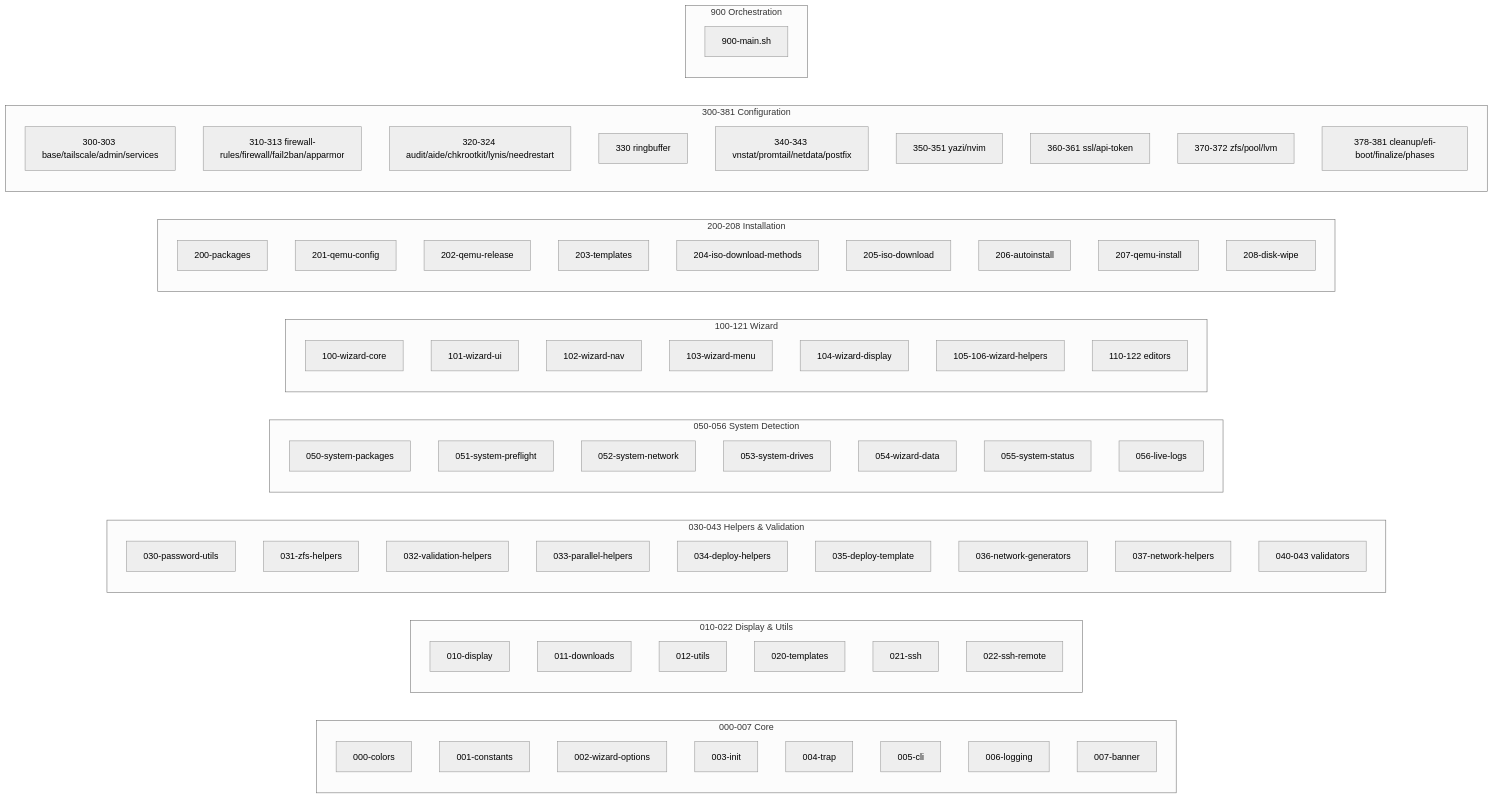
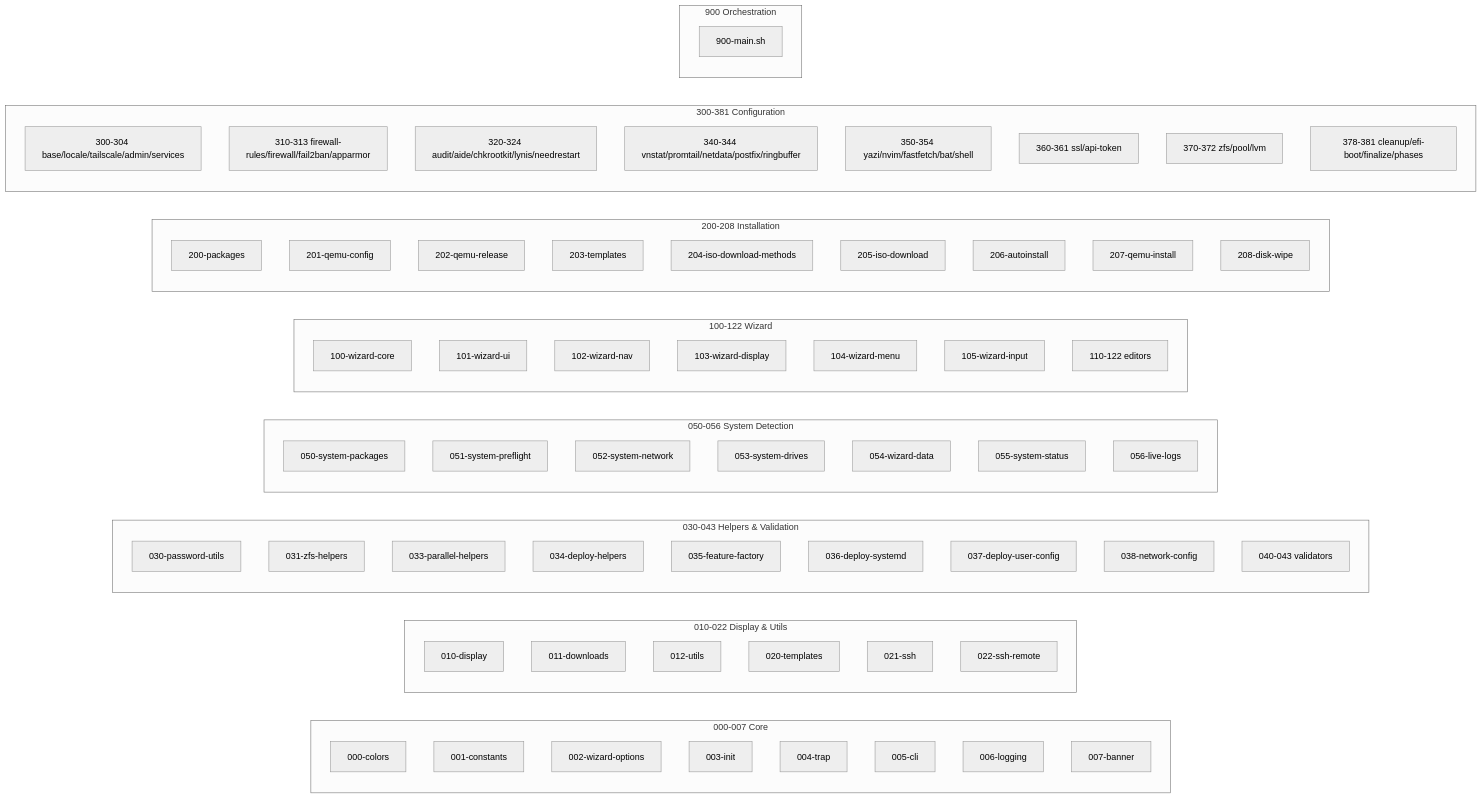
Before and after one commit to qoxi-cloud/proxmox-installer: the third of 3 diagrams in wiki/Architecture.md, drawn with Mermaid (neutral theme). The commit also changed other lines of this file and 30 other files, not shown here.

First line of the commit message:
♻️ refactor: split wizard-menu and move deploy_template

````diff
--- a/wiki/Architecture.md
+++ b/wiki/Architecture.md
@@ -240,82 +242,81 @@
 ```mermaid
 graph LR
     subgraph "000-007 Core"
         A[000-colors]
         B[001-constants]
         C[002-wizard-options]
         D[003-init]
         D2[004-trap]
         E[005-cli]
         F[006-logging]
         G[007-banner]
     end
 
     subgraph "010-022 Display & Utils"
         H[010-display]
         I[011-downloads]
         J[012-utils]
         K[020-templates]
         L[021-ssh]
         L2[022-ssh-remote]
     end
 
     subgraph "030-043 Helpers & Validation"
         M[030-password-utils]
         N[031-zfs-helpers]
-        O[032-validation-helpers]
         P[033-parallel-helpers]
         Q[034-deploy-helpers]
-        Q2[035-deploy-template]
-        R[036-network-generators]
-        R2[037-network-helpers]
+        Q2[035-feature-factory]
+        Q3[036-deploy-systemd]
+        Q4[037-deploy-user-config]
+        R[038-network-config]
         S[040-043 validators]
     end
 
     subgraph "050-056 System Detection"
         T[050-system-packages]
         U[051-system-preflight]
         V[052-system-network]
         W[053-system-drives]
         X[054-wizard-data]
         Y[055-system-status]
         Z[056-live-logs]
     end
 
-    subgraph "100-121 Wizard"
+    subgraph "100-122 Wizard"
         AA[100-wizard-core]
         AB[101-wizard-ui]
         AC[102-wizard-nav]
-        AD[103-wizard-menu]
-        AD2[104-wizard-display]
-        AD3[105-106-wizard-helpers]
+        AC2[103-wizard-display]
+        AC3[104-wizard-menu]
+        AD[105-wizard-input]
         AE[110-122 editors]
     end
 
     subgraph "200-208 Installation"
         AF[200-packages]
         AG[201-qemu-config]
         AG2[202-qemu-release]
         AH[203-templates]
         AI[204-iso-download-methods]
         AI2[205-iso-download]
         AJ[206-autoinstall]
         AJ2[207-qemu-install]
         AJ3[208-disk-wipe]
     end
 
     subgraph "300-381 Configuration"
-        AK[300-303 base/tailscale/admin/services]
+        AK[300-304 base/locale/tailscale/admin/services]
         AL[310-313 firewall-rules/firewall/fail2ban/apparmor]
         AM[320-324 audit/aide/chkrootkit/lynis/needrestart]
-        AN[330 ringbuffer]
-        AO[340-343 vnstat/promtail/netdata/postfix]
-        AP[350-351 yazi/nvim]
+        AO[340-344 vnstat/promtail/netdata/postfix/ringbuffer]
+        AP[350-354 yazi/nvim/fastfetch/bat/shell]
         AQ[360-361 ssl/api-token]
         AR[370-372 zfs/pool/lvm]
         AS[378-381 cleanup/efi-boot/finalize/phases]
     end
 
     subgraph "900 Orchestration"
         AT[900-main.sh]
     end
 ```
````
